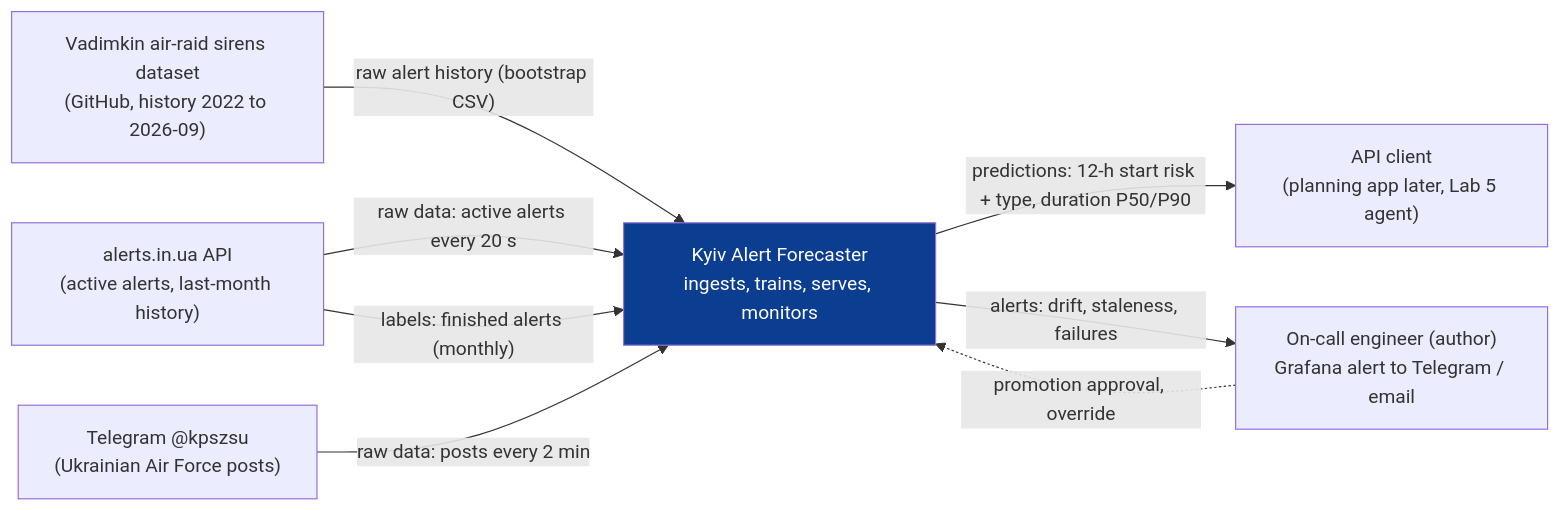
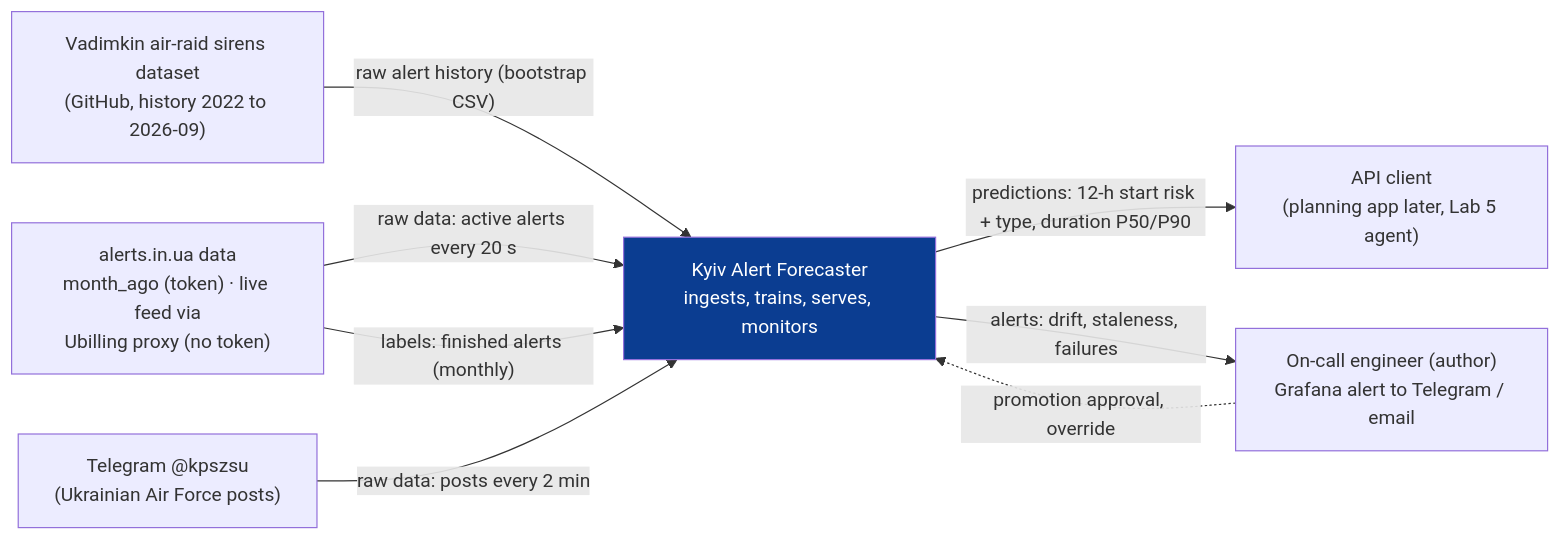
The first of 4 diagrams in docs/design.md (kvitoslava-yarish/mlops-2026), drawn with Mermaid before and after one commit. The commit also changed other lines of this file and 1 other file, not shown here.

Commit message:
Design: Ubilling live feed (source=aiu, no token) as the Lab 4 poller source

````diff
--- a/docs/design.md
+++ b/docs/design.md
@@ -242,19 +246,19 @@
 ```mermaid
 flowchart LR
     vad["Vadimkin air-raid sirens dataset<br/>(GitHub, history 2022 to 2026-09)"]
-    aiu["alerts.in.ua API<br/>(active alerts, last-month history)"]
+    aiu["alerts.in.ua data<br/>month_ago (token) · live feed via<br/>Ubilling proxy (no token)"]
     tg["Telegram @kpszsu<br/>(Ukrainian Air Force posts)"]
     sys["Kyiv Alert Forecaster<br/>ingests, trains, serves, monitors"]
     cli["API client<br/>(planning app later, Lab 5 agent)"]
     onc["On-call engineer (author)<br/>Grafana alert to Telegram / email"]
 
     vad -- "raw alert history (bootstrap CSV)" --> sys
     aiu -- "raw data: active alerts every 20 s" --> sys
     aiu -- "labels: finished alerts (monthly)" --> sys
     tg -- "raw data: posts every 2 min" --> sys
     sys -- "predictions: 12-h start risk + type, duration P50/P90" --> cli
     sys -- "alerts: drift, staleness, failures" --> onc
     onc -. "promotion approval, override" .-> sys
 
     style sys fill:#0b3d91,color:#ffffff
 ```
````
